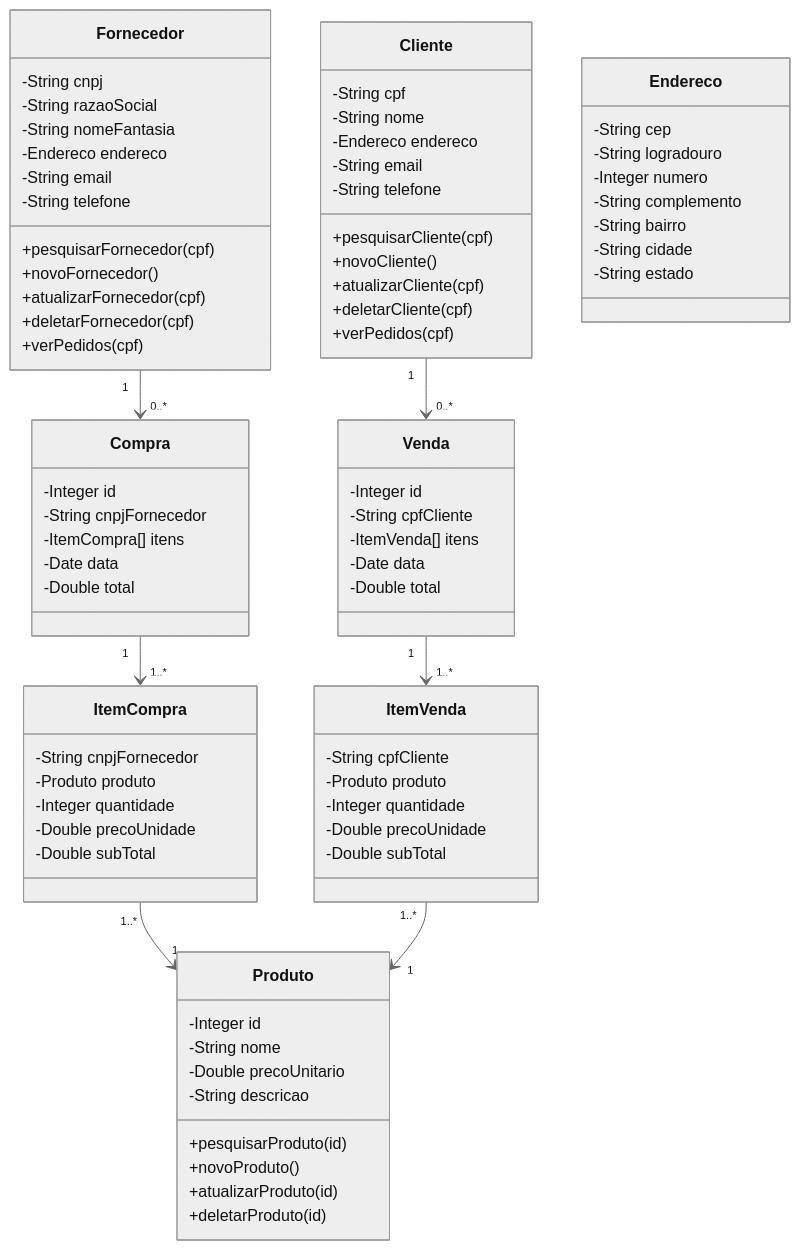
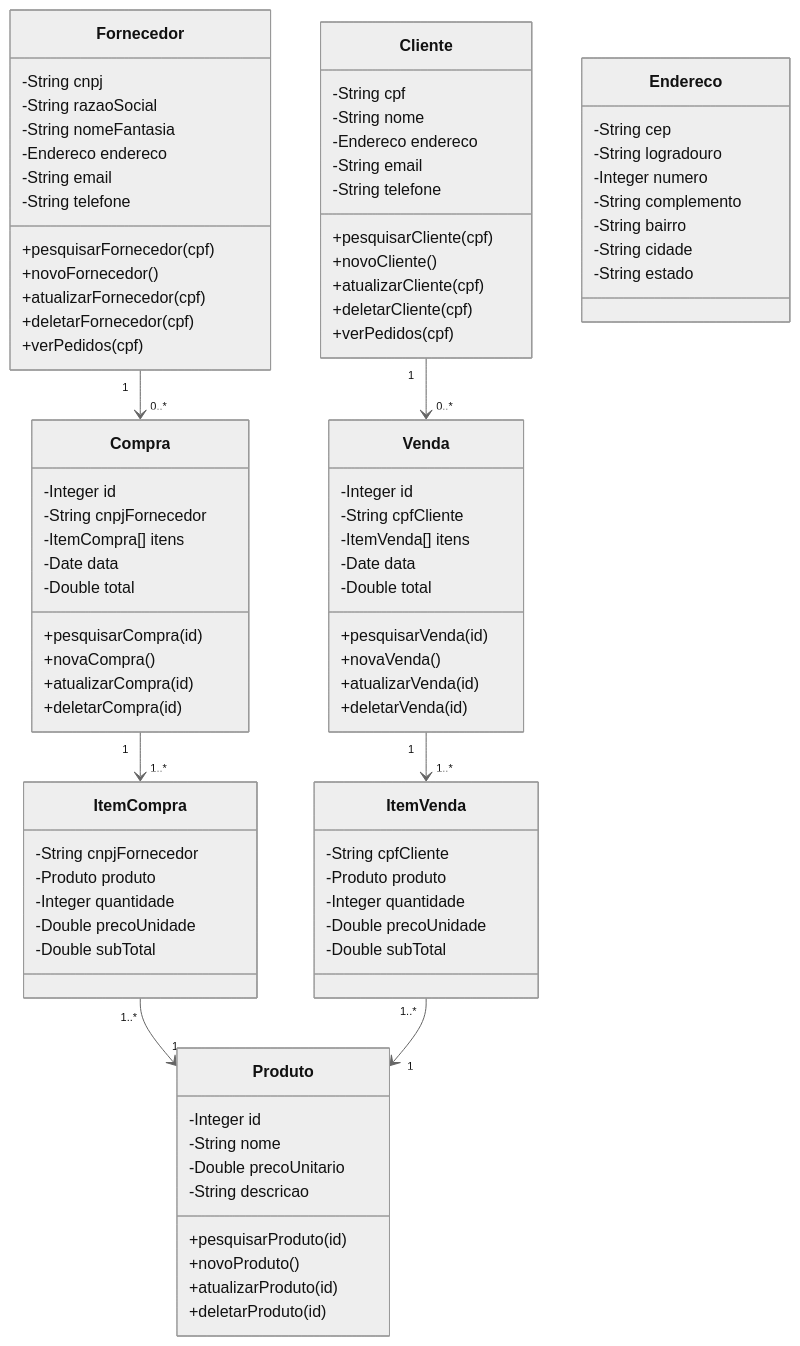
The diagram in planning/classDiagram.mmd (digaoes94/trabalhoSQL), drawn with Mermaid (neutral theme) before and after one commit. The commit also changed 10 other files, not shown here.

```diff
--- a/planning/classDiagram.mmd
+++ b/planning/classDiagram.mmd
@@ -1,95 +1,110 @@
 classDiagram
 
     class Fornecedor {
         -String cnpj
         -String razaoSocial
         -String nomeFantasia
         -Endereco endereco
         -String email
         -String telefone
 
+        %% Controllers %%
         +pesquisarFornecedor(cpf)
         +novoFornecedor()
         +atualizarFornecedor(cpf)
         +deletarFornecedor(cpf)
         +verPedidos(cpf)
     }
 
     class ItemCompra {
         -String cnpjFornecedor
         -Produto produto
         -Integer quantidade
         -Double precoUnidade
         -Double subTotal
     }
 
     class Compra {
         -Integer id
         -String cnpjFornecedor
         -ItemCompra[] itens
         -Date data
         -Double total
+
+         %% Controllers %%
+        +pesquisarCompra(id)
+        +novaCompra()
+        +atualizarCompra(id)
+        +deletarCompra(id)
     }
 
     class Cliente {
         -String cpf
         -String nome
         -Endereco endereco
         -String email
         -String telefone
         
+         %% Controllers %%
         +pesquisarCliente(cpf)
         +novoCliente()
         +atualizarCliente(cpf)
         +deletarCliente(cpf)
         +verPedidos(cpf)
     }
 
     class ItemVenda {
         -String cpfCliente
         -Produto produto
         -Integer quantidade
         -Double precoUnidade
         -Double subTotal
     }
 
     class Venda {
         -Integer id
         -String cpfCliente
         -ItemVenda[] itens
         -Date data
         -Double total
+
+         %% Controllers %%
+        +pesquisarVenda(id)
+        +novaVenda()
+        +atualizarVenda(id)
+        +deletarVenda(id)
     }
 
     class Produto {
         -Integer id
         -String nome
         -Double precoUnitario
         -String descricao
 
+         %% Controllers %%
         +pesquisarProduto(id)
         +novoProduto()
         +atualizarProduto(id)
         +deletarProduto(id)
     }
 
     %%-- seria interessante criar uma função autoCEP(String cep), mas teríamos de baixar as tabelas de CEP do IBGE --%%
     %%-- no caso essa função buscaria do CEP da pessoa e completaria automaticamente o Estado, Cidade, Bairro e Logradouro de Endereco  --%%
     class Endereco {
         -String cep
         -String logradouro
         -Integer numero
         -String complemento
         -String bairro
         -String cidade
         -String estado
     }
 
     Fornecedor "1" --> "0..*" Compra
     Compra "1" --> "1..*" ItemCompra
 
     Cliente "1" --> "0..*" Venda
     Venda "1" --> "1..*" ItemVenda
 
     ItemCompra "1..*" --> "1" Produto
     ItemVenda "1..*" --> "1" Produto
```
